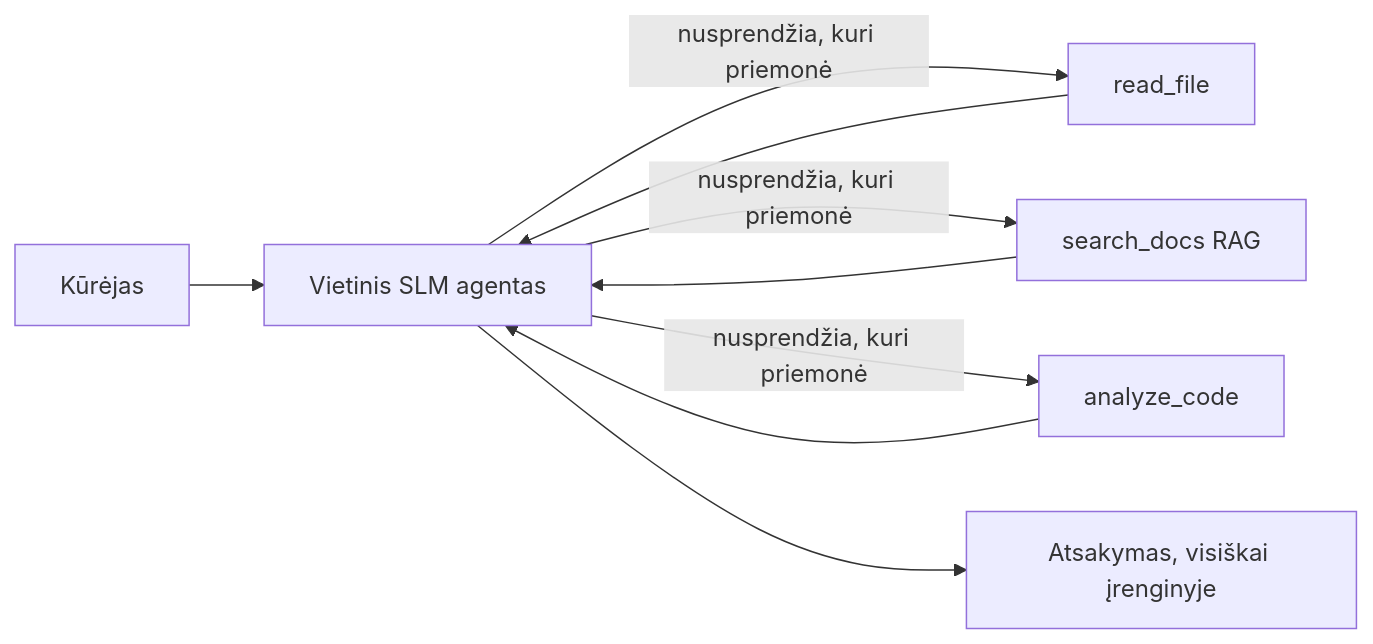
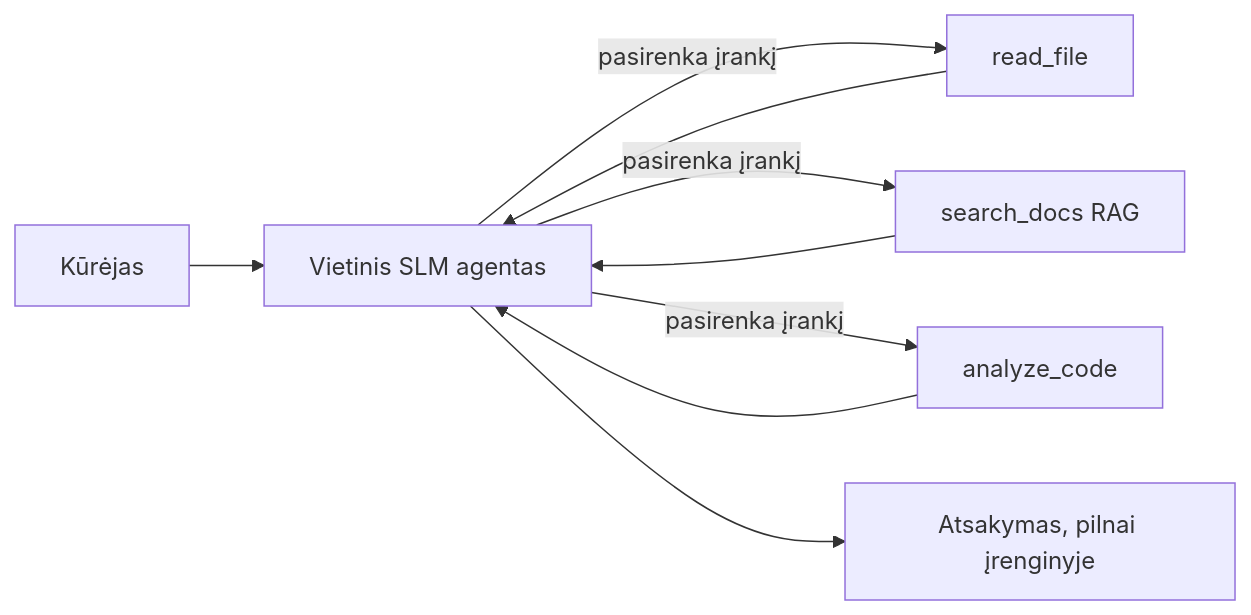
The first of 4 diagrams in mirrors/repos/microsoft@ai-agents-for-beginners/translations/lt/17-creating-local-ai-agents/README.md (gabrielmoreira/agent-skills-mirror), drawn with Mermaid before and after one commit. The commit also changed other lines of this file and 4262 other files, not shown here.

````diff
--- a/mirrors/repos/microsoft@ai-agents-for-beginners/translations/lt/17-creating-local-ai-agents/README.md
+++ b/mirrors/repos/microsoft@ai-agents-for-beginners/translations/lt/17-creating-local-ai-agents/README.md
@@ -66,11 +66,11 @@
 ```mermaid
 flowchart LR
     U[Kūrėjas] --> A[Vietinis SLM agentas]
-    A -->|nusprendžia, kuri priemonė| T1[read_file]
-    A -->|nusprendžia, kuri priemonė| T2[search_docs RAG]
-    A -->|nusprendžia, kuri priemonė| T3[analyze_code]
+    A -->|pasirenka įrankį| T1[read_file]
+    A -->|pasirenka įrankį| T2[search_docs RAG]
+    A -->|pasirenka įrankį| T3[analyze_code]
     T1 --> A
     T2 --> A
     T3 --> A
-    A --> R[Atsakymas, visiškai įrenginyje]
+    A --> R[Atsakymas, pilnai įrenginyje]
 ```
````
